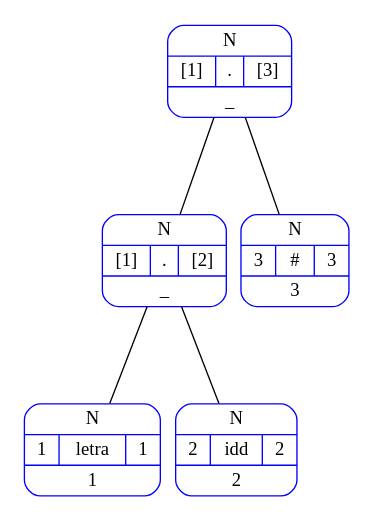
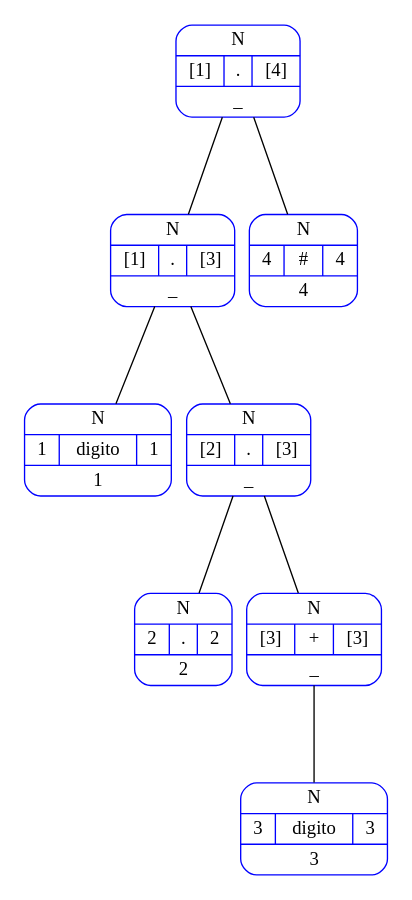
The diagram in main-OCL1_P1_201612106/Arboles/Arbol0.dot (jcd22/OLC_201612106Pr1), drawn with Graphviz before and after one commit. The commit also changed 35 other files, not shown here.

```diff
--- a/main-OCL1_P1_201612106/Arboles/Arbol0.dot
+++ b/main-OCL1_P1_201612106/Arboles/Arbol0.dot
@@ -1,12 +1,18 @@
 graph g{
 graph [pad="0.15", nodesep="0.15", ranksep="1"];
-0[shape=Mrecord,color=blue1,label="{ N |{1|<here>letra|1}|1}"];
-1[shape=Mrecord,color=blue1,label="{ N |{2|<here>idd|2}|2}"];
-2[shape=Mrecord,color=blue1,label="{ N |{[1]|<here>.|[2]}| _ }"];
-2--0;
-2--1;
-3[shape=Mrecord,color=blue1,label="{ N |{3|<here>#|3}|3}"];
-4[shape=Mrecord,color=blue1,label="{ N |{[1]|<here>.|[3]}| _ }"];
-4--2;
+0[shape=Mrecord,color=blue1,label="{ N |{1|<here>digito|1}|1}"];
+1[shape=Mrecord,color=blue1,label="{ N |{2|<here>.|2}|2}"];
+2[shape=Mrecord,color=blue1,label="{ N |{3|<here>digito|3}|3}"];
+3[shape=Mrecord,color=blue1,label="{ N |{[3]|<here>+|[3]}| _ }"];
+3--2;
+4[shape=Mrecord,color=blue1,label="{ N |{[2]|<here>.|[3]}| _ }"];
+4--1;
 4--3;
+5[shape=Mrecord,color=blue1,label="{ N |{[1]|<here>.|[3]}| _ }"];
+5--0;
+5--4;
+6[shape=Mrecord,color=blue1,label="{ N |{4|<here>#|4}|4}"];
+7[shape=Mrecord,color=blue1,label="{ N |{[1]|<here>.|[4]}| _ }"];
+7--5;
+7--6;
 }
```
